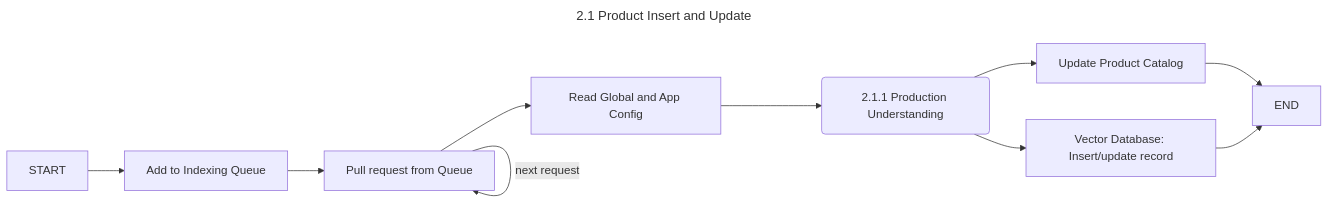
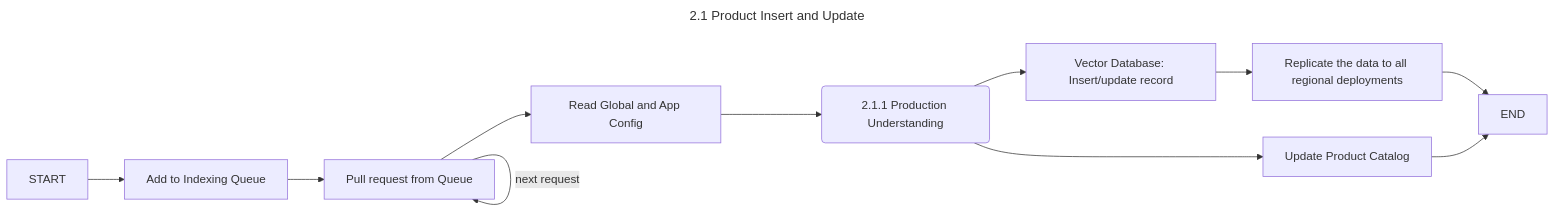
One commit to zchangvs/diagram changed the diagram in 2_2_1_Insert_update_product.md. Above: the diagram before and after it, drawn with Mermaid.

````diff
--- a/2_2_1_Insert_update_product.md
+++ b/2_2_1_Insert_update_product.md
@@ -1,15 +1,16 @@
 ```mermaid
 ---
 title: 2.1 Product Insert and Update
 ---
 flowchart LR
     ST[START] --> IQ[Add to Indexing Queue]
     IQ --> PQ[Pull request from Queue]
     PQ -- next request --> PQ
     PQ --> RC[Read Global and App Config]
     RC --> PU(2.1.1 Production Understanding)
     PU --> CU[Update Product Catalog]
     PU --> VD[Vector Database: Insert/update record]
-    CU --> ED[END]
-    VD --> ED
+    VD --> REP[Replicate the data to all regional deployments]
+    REP --> ED[END]
+    CU --> ED
 ```
````
